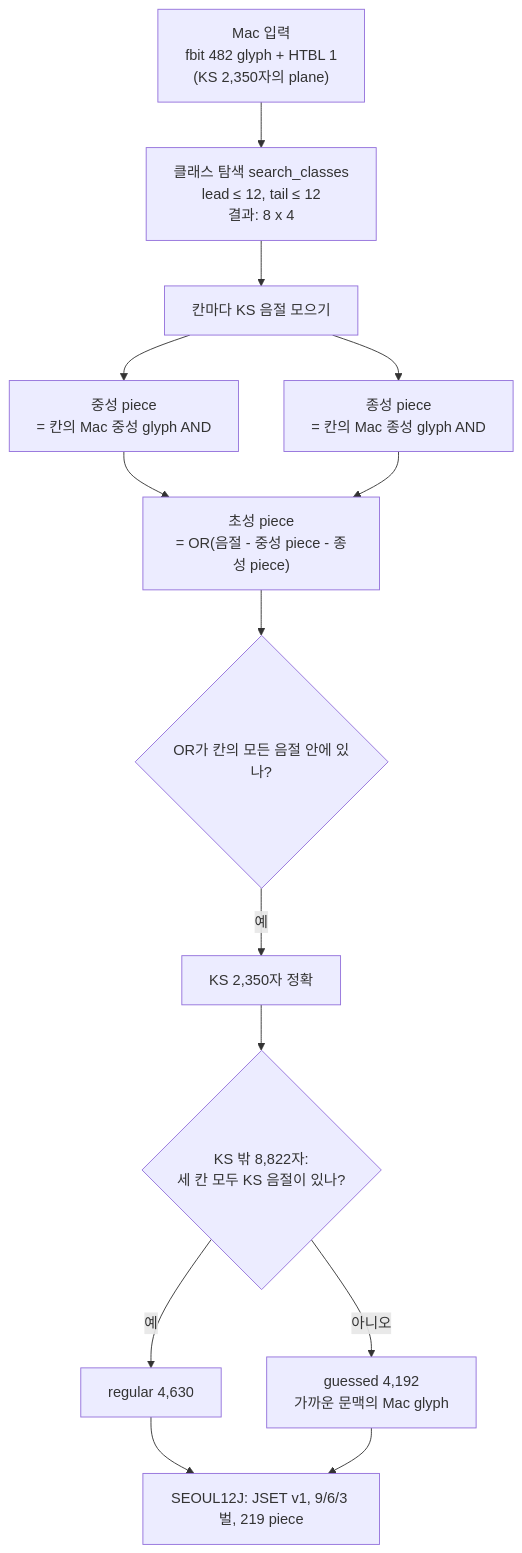
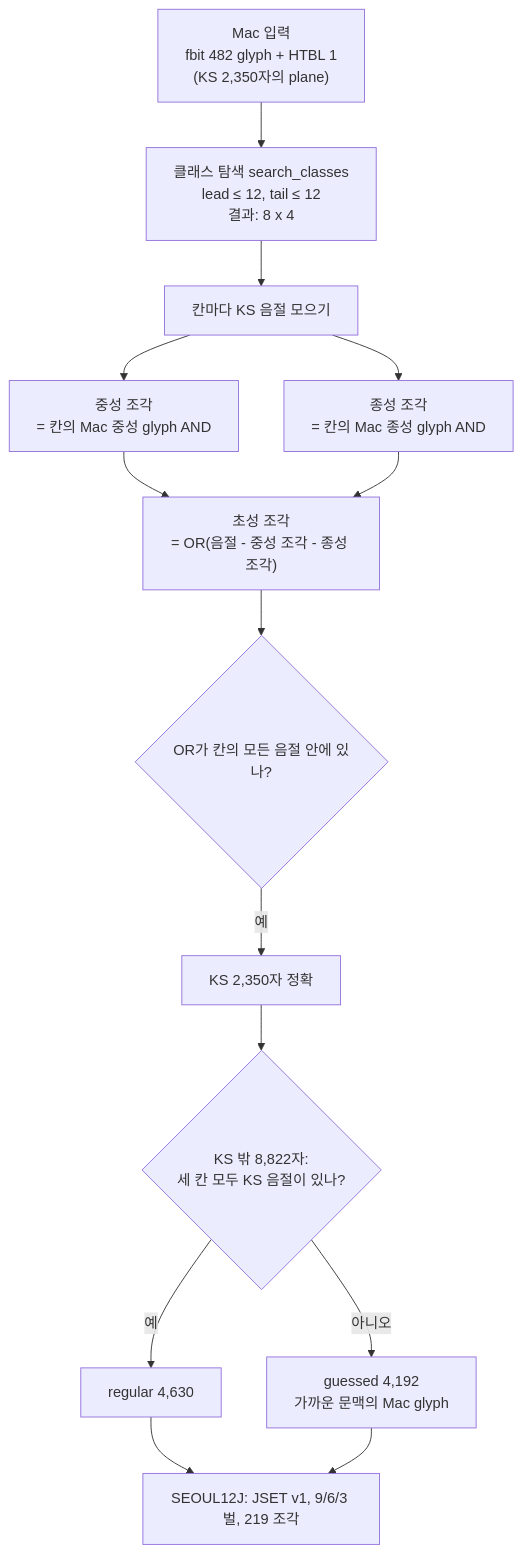
One commit to TaehyunKimLL/svf-fonts-open changed diagram 21 of 27 in docs/jamo-sets.ko.md. Above: the diagram before and after it, drawn with Mermaid. The commit also changed other lines of this file and 3 other files, not shown here.

````diff
--- a/docs/jamo-sets.ko.md
+++ b/docs/jamo-sets.ko.md
@@ -978,16 +982,16 @@
 ```mermaid
 flowchart TD
   M["Mac 입력<br/>fbit 482 glyph + HTBL 1<br/>(KS 2,350자의 plane)"] --> C["클래스 탐색 search_classes<br/>lead ≤ 12, tail ≤ 12<br/>결과: 8 x 4"]
   C --> K["칸마다 KS 음절 모으기"]
-  K --> MD["중성 piece<br/>= 칸의 Mac 중성 glyph AND"]
-  K --> FN["종성 piece<br/>= 칸의 Mac 종성 glyph AND"]
-  MD --> IN["초성 piece<br/>= OR(음절 - 중성 piece - 종성 piece)"]
+  K --> MD["중성 조각<br/>= 칸의 Mac 중성 glyph AND"]
+  K --> FN["종성 조각<br/>= 칸의 Mac 종성 glyph AND"]
+  MD --> IN["초성 조각<br/>= OR(음절 - 중성 조각 - 종성 조각)"]
   FN --> IN
   IN --> V{"OR가 칸의 모든 음절 안에 있나?"}
   V -->|예| KS["KS 2,350자 정확"]
   KS --> EX{"KS 밖 8,822자:<br/>세 칸 모두 KS 음절이 있나?"}
   EX -->|예| RG["regular 4,630"]
   EX -->|아니오| GS["guessed 4,192<br/>가까운 문맥의 Mac glyph"]
-  RG --> J["SEOUL12J: JSET v1, 9/6/3 벌, 219 piece"]
+  RG --> J["SEOUL12J: JSET v1, 9/6/3 벌, 219 조각"]
   GS --> J
 ```
````
